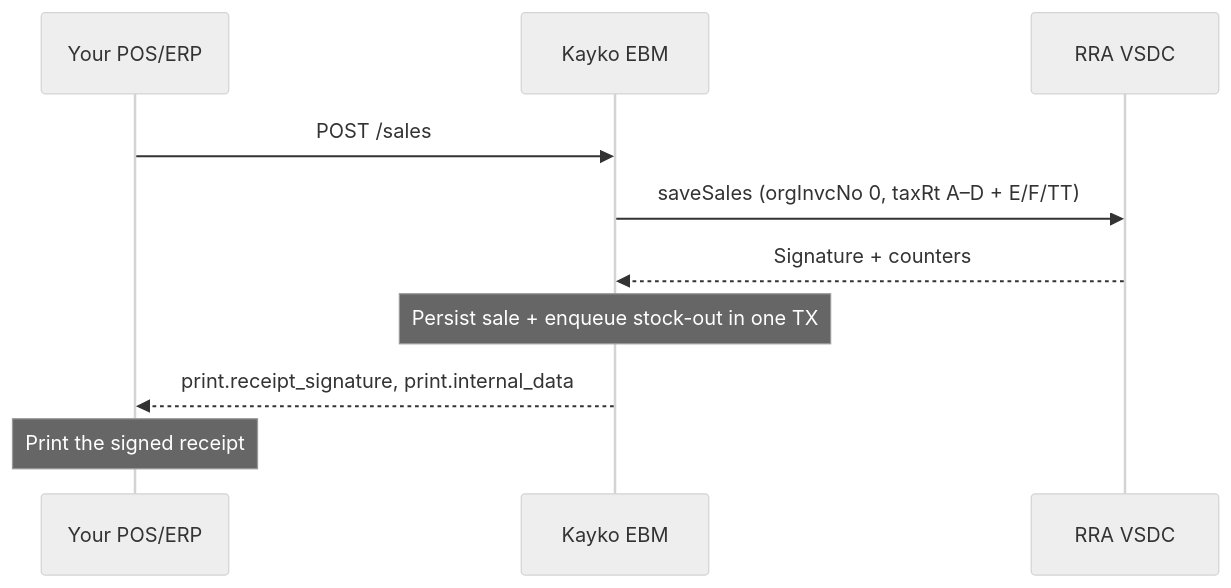
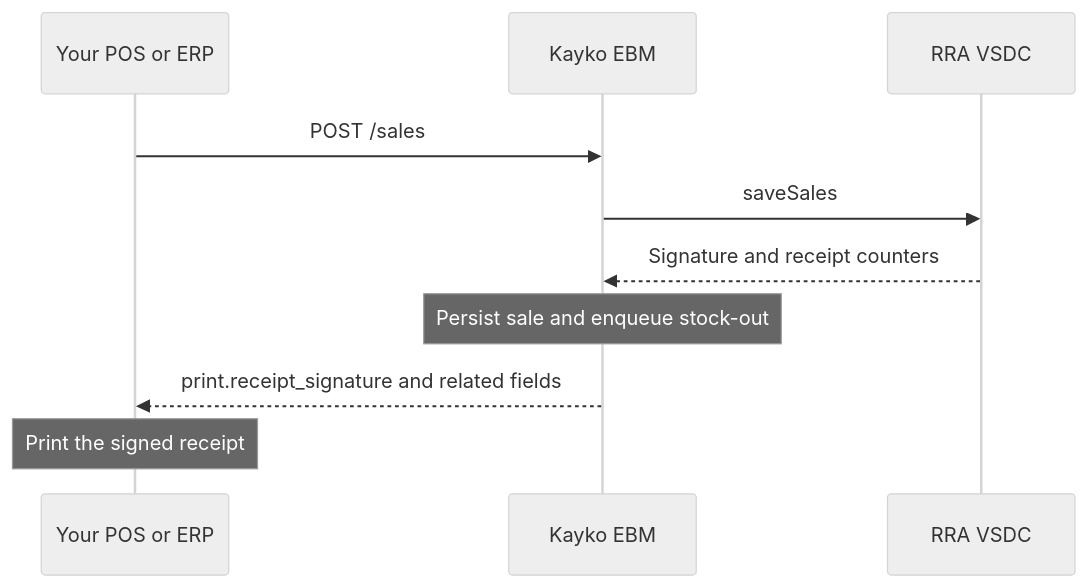
Before and after one commit to kaykorw/ebm_thirdparty_docs: the diagram in api/sales.mdx, drawn with Mermaid (neutral theme). The commit also changed other lines of this file and 28 other files, not shown here.

````diff
--- a/api/sales.mdx
+++ b/api/sales.mdx
@@ -11,13 +12,13 @@
 ```mermaid
 sequenceDiagram
-    participant POS as Your POS/ERP
+    participant POS as Your POS or ERP
     participant Kayko as Kayko EBM
     participant RRA as RRA VSDC
 
     POS->>Kayko: POST /sales
-    Kayko->>RRA: saveSales (orgInvcNo 0, taxRt A–D + E/F/TT)
-    RRA-->>Kayko: Signature + counters
-    Note over Kayko: Persist sale + enqueue stock-out in one TX
-    Kayko-->>POS: print.receipt_signature, print.internal_data
+    Kayko->>RRA: saveSales
+    RRA-->>Kayko: Signature and receipt counters
+    Note over Kayko: Persist sale and enqueue stock-out
+    Kayko-->>POS: print.receipt_signature and related fields
     Note over POS: Print the signed receipt
 ```
````
